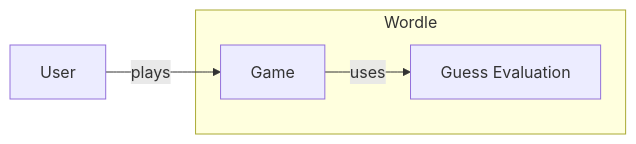
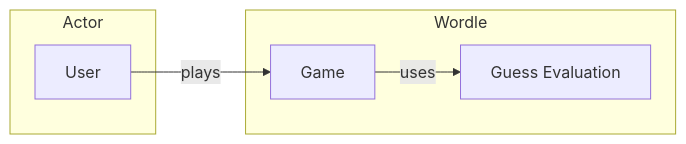
The first of 3 diagrams in examples/wordle/glossary.adoc (dpolivaev/spec-loop), drawn with Mermaid before and after one commit. The commit also changed other lines of this file and 1 other file, not shown here.

Commit message:
Enforce using subgraphs in glossary diagrams

```diff
--- a/examples/wordle/glossary.adoc
+++ b/examples/wordle/glossary.adoc
@@ -41,13 +41,15 @@
 [mermaid]
 ----
 graph LR
-  user["User"]
+  subgraph actorContext["Actor"]
+    user["User"]
+  end
 
   subgraph subsystems["Wordle"]
     guessEvaluation["Guess Evaluation"]
     game["Game"]
   end
 
   user -->|plays| game
   game -->|uses| guessEvaluation
 ----
```
